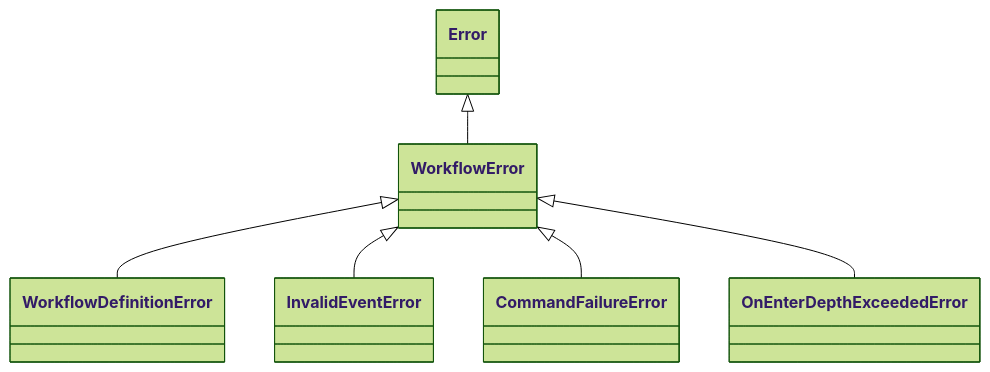
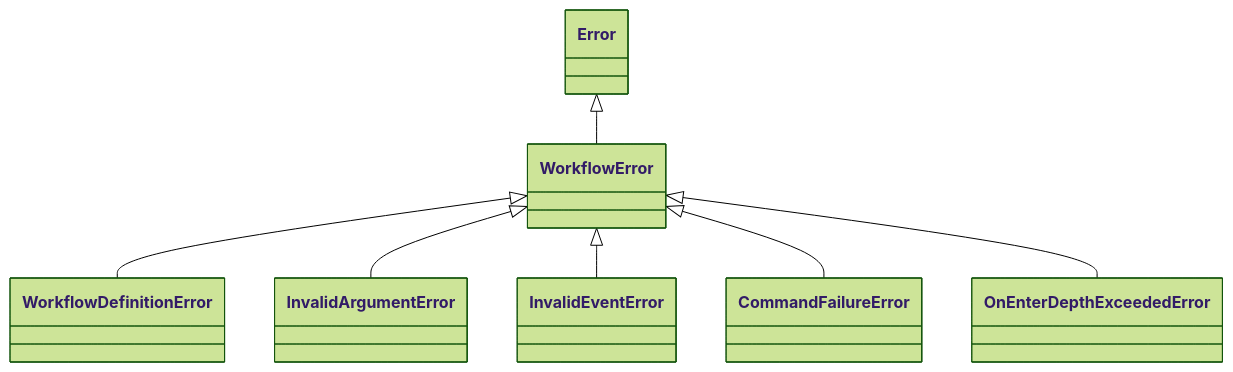
The diagram in docs/error-handling.md (camcima/duraflows), drawn with Mermaid (forest theme) before and after one commit. The commit also changed other lines of this file and 3 other files, not shown here.

First line of the commit message:
docs: document InvalidArgumentError validation contract (AR-05)

````diff
--- a/docs/error-handling.md
+++ b/docs/error-handling.md
@@ -7,8 +7,9 @@
 ```mermaid
 classDiagram
     Error <|-- WorkflowError
     WorkflowError <|-- WorkflowDefinitionError
+    WorkflowError <|-- InvalidArgumentError
     WorkflowError <|-- InvalidEventError
     WorkflowError <|-- CommandFailureError
     WorkflowError <|-- OnEnterDepthExceededError
 ```
````
